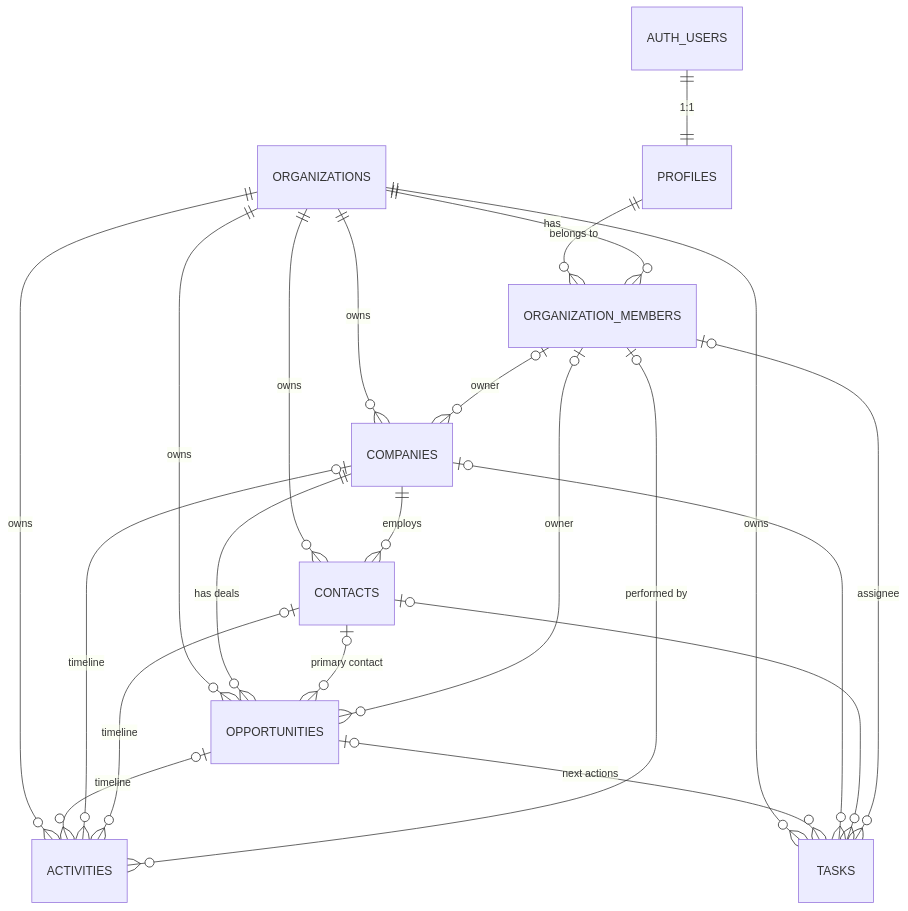
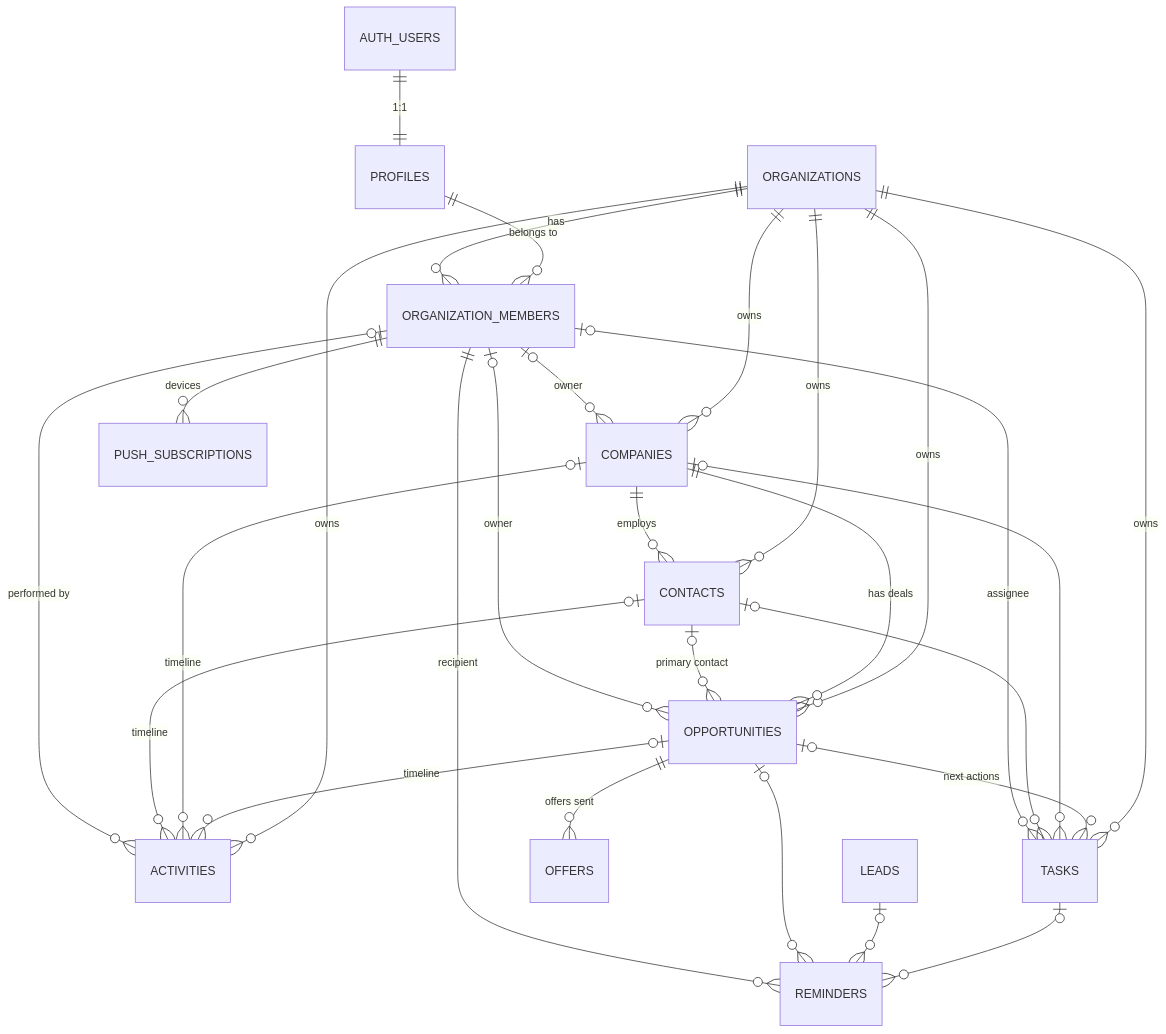
The diagram in docs/architecture/02-domain-model.md (fgregov/web-prvi), drawn with Mermaid before and after one commit. The commit also changed other lines of this file and 71 other files, not shown here.

````diff
--- a/docs/architecture/02-domain-model.md
+++ b/docs/architecture/02-domain-model.md
@@ -5,24 +5,30 @@
 ```mermaid
 erDiagram
   AUTH_USERS ||--|| PROFILES : "1:1"
   PROFILES ||--o{ ORGANIZATION_MEMBERS : "belongs to"
   ORGANIZATIONS ||--o{ ORGANIZATION_MEMBERS : has
   ORGANIZATIONS ||--o{ COMPANIES : owns
   ORGANIZATIONS ||--o{ CONTACTS : owns
   ORGANIZATIONS ||--o{ OPPORTUNITIES : owns
   ORGANIZATIONS ||--o{ ACTIVITIES : owns
   ORGANIZATIONS ||--o{ TASKS : owns
   COMPANIES ||--o{ CONTACTS : employs
   COMPANIES ||--o{ OPPORTUNITIES : "has deals"
   CONTACTS |o--o{ OPPORTUNITIES : "primary contact"
   OPPORTUNITIES |o--o{ ACTIVITIES : timeline
   COMPANIES |o--o{ ACTIVITIES : timeline
   CONTACTS |o--o{ ACTIVITIES : timeline
   OPPORTUNITIES |o--o{ TASKS : "next actions"
+  OPPORTUNITIES ||--o{ OFFERS : "offers sent"
+  TASKS |o--o{ REMINDERS : ""
+  LEADS |o--o{ REMINDERS : ""
+  OPPORTUNITIES |o--o{ REMINDERS : ""
+  ORGANIZATION_MEMBERS ||--o{ REMINDERS : "recipient"
+  ORGANIZATION_MEMBERS ||--o{ PUSH_SUBSCRIPTIONS : "devices"
   COMPANIES |o--o{ TASKS : ""
   CONTACTS |o--o{ TASKS : ""
   ORGANIZATION_MEMBERS |o--o{ COMPANIES : "owner"
   ORGANIZATION_MEMBERS |o--o{ OPPORTUNITIES : "owner"
   ORGANIZATION_MEMBERS |o--o{ TASKS : "assignee"
   ORGANIZATION_MEMBERS |o--o{ ACTIVITIES : "performed by"
 ```
````
